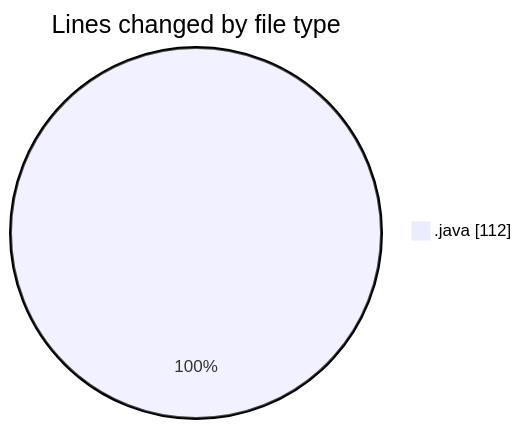
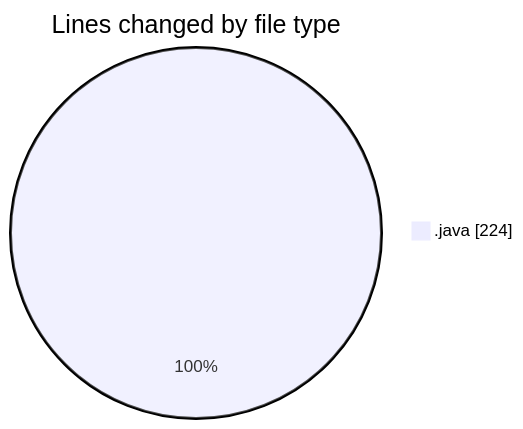
Before and after one commit to NitaiMahat/code-tracking: the first of 2 diagrams in 2025-03-14/startfiles/README.md, drawn with Mermaid. The commit also changed other lines of this file and 1 other file, not shown here.

````diff
--- a/2025-03-14/startfiles/README.md
+++ b/2025-03-14/startfiles/README.md
@@ -20,5 +20,5 @@
 ```mermaid
 pie showData
 title Lines changed by file type
-".java" : 112
+".java" : 224
 ```
````
